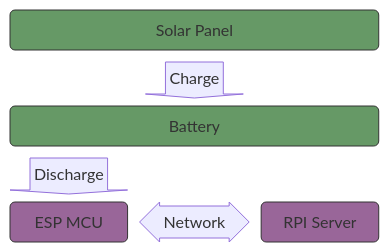
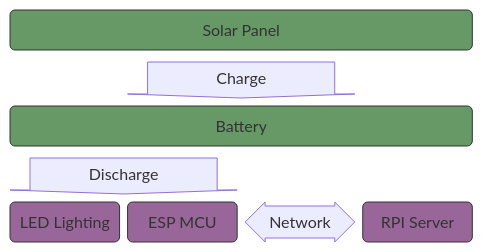
One commit to hquiroz-1988/esp changed the first of 2 diagrams in solar_meter/README.md. Above: the diagram before and after it, drawn with Mermaid. The commit also changed other lines of this file and 1 other file, not shown here.

Commit message:
- creating esp32 software block diagram

````diff
--- a/solar_meter/README.md
+++ b/solar_meter/README.md
@@ -18,15 +14,15 @@
 ```mermaid
 block-beta
-  columns 3
-  solarPanel("Solar Panel"):3
-  space arrow1<["Charge"]>(down) space
-  battery("Battery"):3
-  battToMCU<["Discharge"]>(down) space:2
-  mcu("ESP MCU") mcuToRpi<["Network"]>(x) server("RPI Server")
+  columns 4
+  solarPanel("Solar Panel"):4
+  space arrow1<["Charge"]>(down):2 space
+  battery("Battery"):4
+  battToMCU<["Discharge"]>(down):2 space:2
+  led("LED Lighting") mcu("ESP MCU") mcuToRpi<["Network"]>(x) server("RPI Server")
   
   classDef green fill:#696,stroke:#333;
   classDef pink fill:#969,stroke:#333;
 
   class battery,solarPanel green
-  class mcu,server pink
+  class mcu,server,led pink
 ```
````
